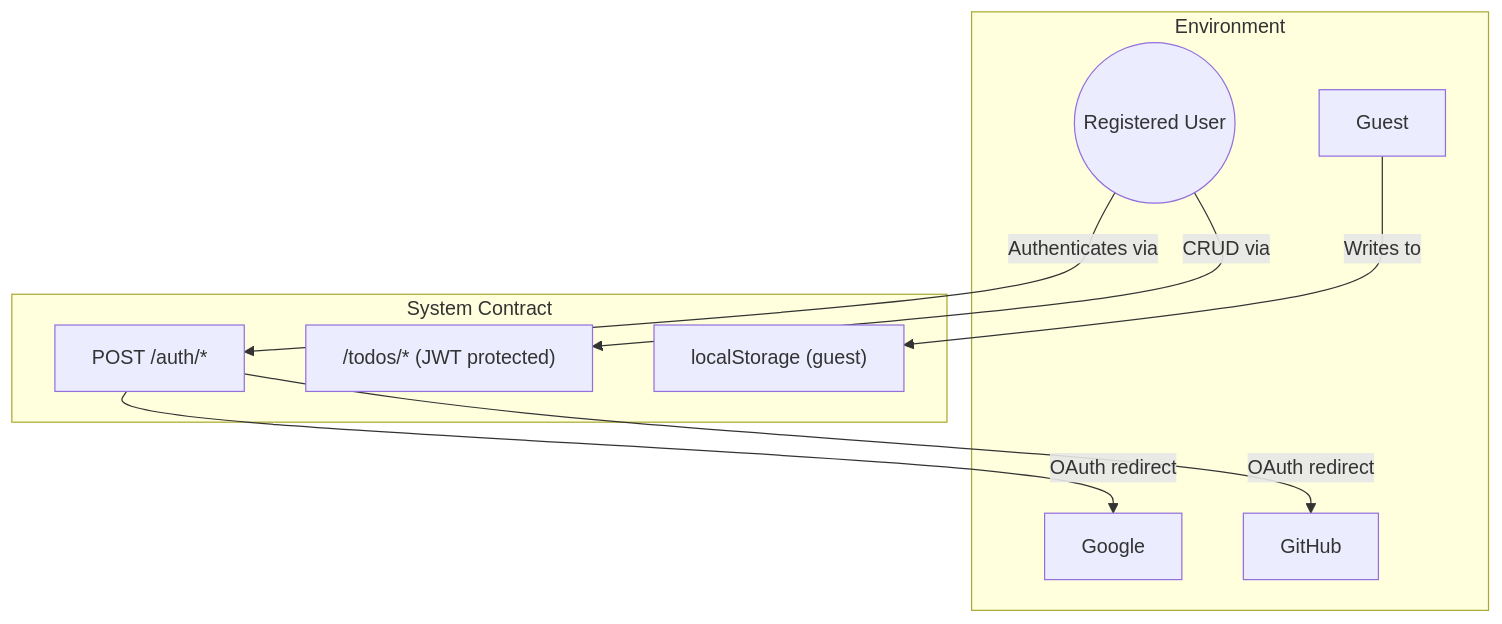
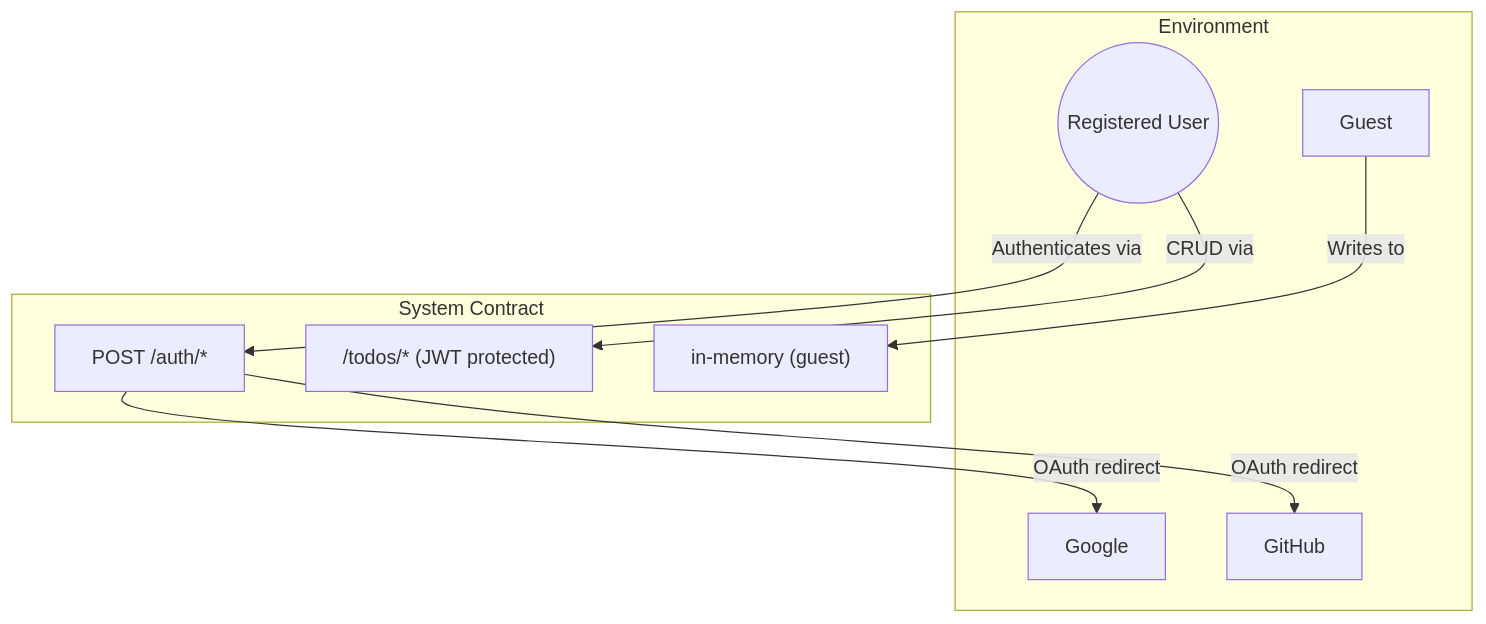
One commit to YaogoGerard/Todogy changed the diagram in docs/03_system_contract.md. Above: the diagram before and after it, drawn with Mermaid. The commit also changed other lines of this file and 61 other files, not shown here.

````diff
--- a/docs/03_system_contract.md
+++ b/docs/03_system_contract.md
@@ -9,21 +9,21 @@
 ```mermaid
 graph TD
     subgraph Environment
         Guest
         User((Registered User))
         Google
         GitHub
     end
 
     subgraph "System Contract"
         AuthAPI["POST /auth/*"]
         TodosAPI["/todos/* (JWT protected)"]
-        LocalStorage["localStorage (guest)"]
+        Memory["in-memory (guest)"]
     end
 
-    Guest -->|Writes to| LocalStorage
+    Guest -->|Writes to| Memory
     User -->|Authenticates via| AuthAPI
     User -->|CRUD via| TodosAPI
     AuthAPI -->|OAuth redirect| Google
     AuthAPI -->|OAuth redirect| GitHub
 ```
````
